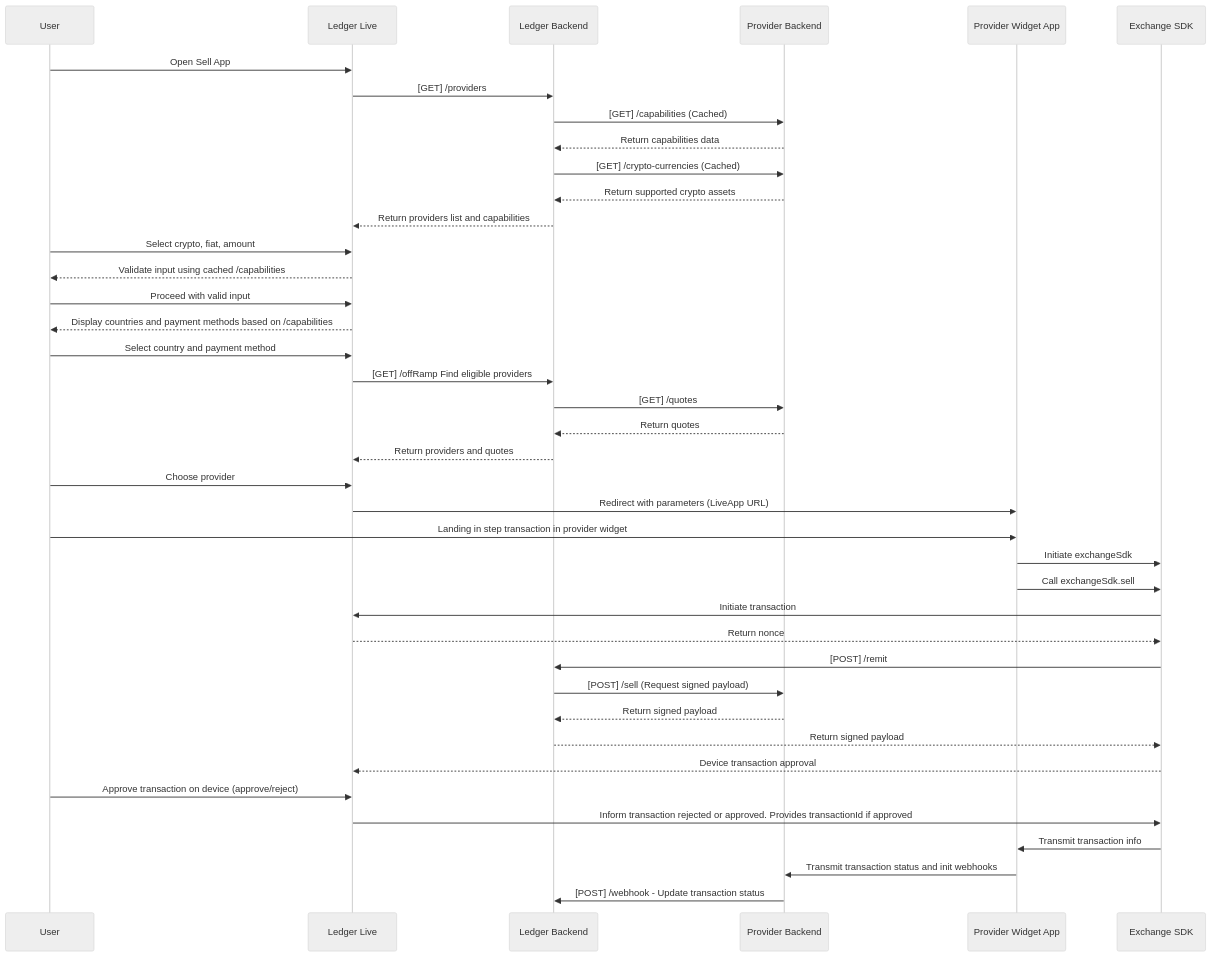
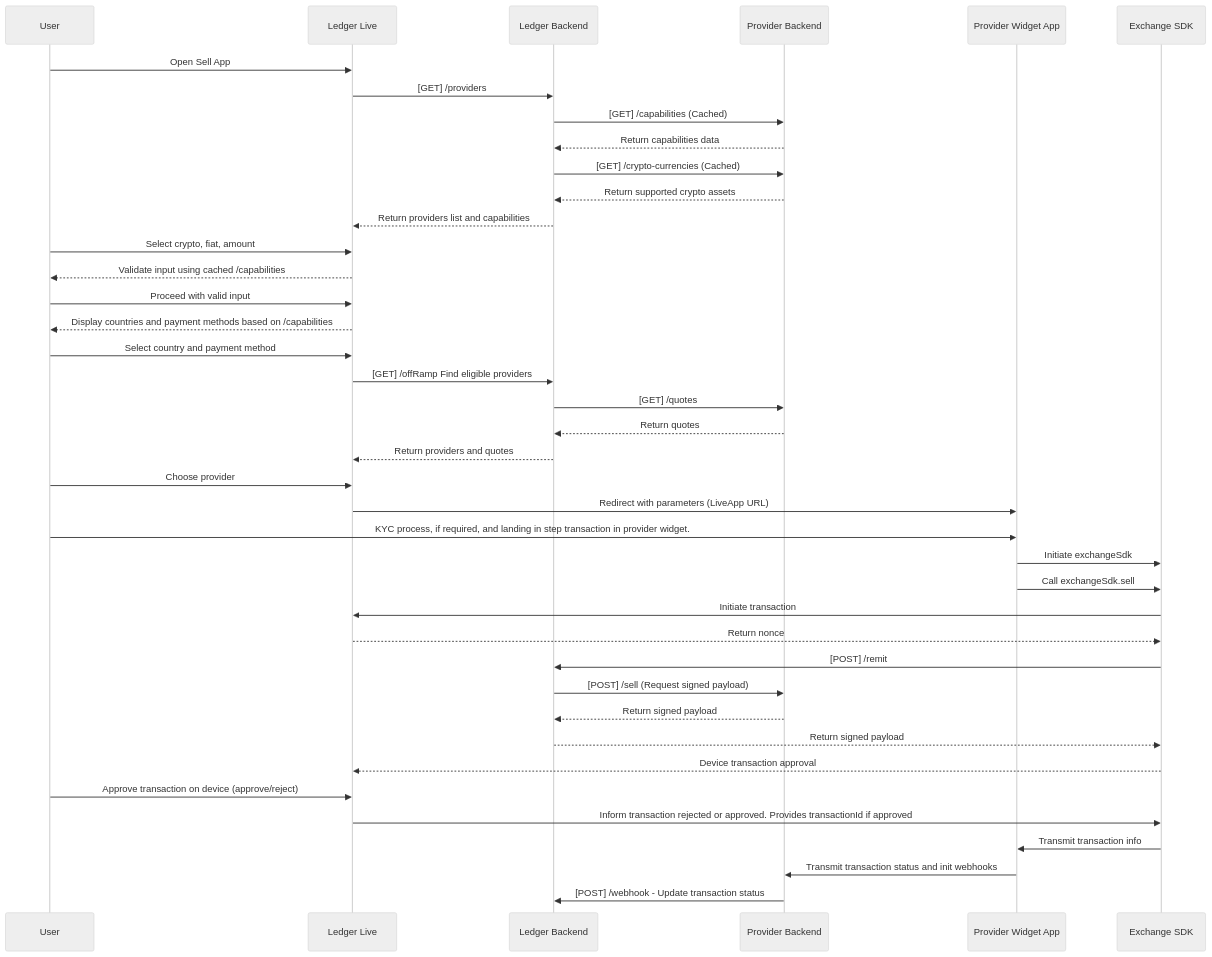
The diagram in pages/docs/ledger-live/exchange/sell/architecture.mdx (LedgerHQ/developer-portal), drawn with Mermaid (neutral theme) before and after one commit.

````diff
--- a/pages/docs/ledger-live/exchange/sell/architecture.mdx
+++ b/pages/docs/ledger-live/exchange/sell/architecture.mdx
@@ -11,55 +11,55 @@
 ```mermaid
 sequenceDiagram
     participant User
     participant LedgerLive as Ledger Live
     participant LedgerBackend as Ledger Backend
     participant ProviderBackend as Provider Backend
     participant ProviderWidget as Provider Widget App
     participant ExchangeSDK as Exchange SDK
 
     %% Step 1: Open Sell App
     User->>LedgerLive: Open Sell App
     LedgerLive->>LedgerBackend: [GET] /providers
     LedgerBackend->>ProviderBackend: [GET] /capabilities (Cached)
     ProviderBackend-->>LedgerBackend: Return capabilities data
     LedgerBackend->>ProviderBackend: [GET] /crypto-currencies (Cached)
     ProviderBackend-->>LedgerBackend: Return supported crypto assets
     LedgerBackend-->>LedgerLive: Return providers list and capabilities
 
     %% Step 2: User Input and Validation
     User->>LedgerLive: Select crypto, fiat, amount
     LedgerLive-->>User: Validate input using cached /capabilities
     User->>LedgerLive: Proceed with valid input
     LedgerLive-->>User: Display countries and payment methods based on /capabilities
 
     %% Step 3: Select Provider and Get Quotes
     User->>LedgerLive: Select country and payment method
     LedgerLive->>LedgerBackend: [GET] /offRamp Find eligible providers
     LedgerBackend->>ProviderBackend: [GET] /quotes
     ProviderBackend-->>LedgerBackend: Return quotes
     LedgerBackend-->>LedgerLive: Return providers and quotes
     User->>LedgerLive: Choose provider
 
     %% Step 4: Redirect to Provider Widget
     LedgerLive->>ProviderWidget: Redirect with parameters (LiveApp URL)
-    User->>ProviderWidget: Landing in step transaction in provider widget
+    User->>ProviderWidget: KYC process, if required, and landing in step transaction in provider widget.
     ProviderWidget->>ExchangeSDK: Initiate exchangeSdk
     ProviderWidget->>ExchangeSDK: Call exchangeSdk.sell
 
     %% Step 5: Initiate Transaction
     ExchangeSDK->>LedgerLive: Initiate transaction
     LedgerLive-->>ExchangeSDK: Return nonce
     ExchangeSDK->>LedgerBackend: [POST] /remit
     LedgerBackend->>ProviderBackend: [POST] /sell (Request signed payload)
     ProviderBackend-->>LedgerBackend: Return signed payload
     LedgerBackend-->>ExchangeSDK: Return signed payload
     ExchangeSDK-->>LedgerLive: Device transaction approval
     User->>LedgerLive: Approve transaction on device (approve/reject)
 
     %% Step 6: Finalizing the Transaction
     LedgerLive->>ExchangeSDK: Inform transaction rejected or approved. Provides transactionId if approved
     ExchangeSDK->>ProviderWidget: Transmit transaction info
     ProviderWidget->>ProviderBackend: Transmit transaction status and init webhooks
     ProviderBackend->>LedgerBackend: [POST] /webhook - Update transaction status
 
 ```
````
